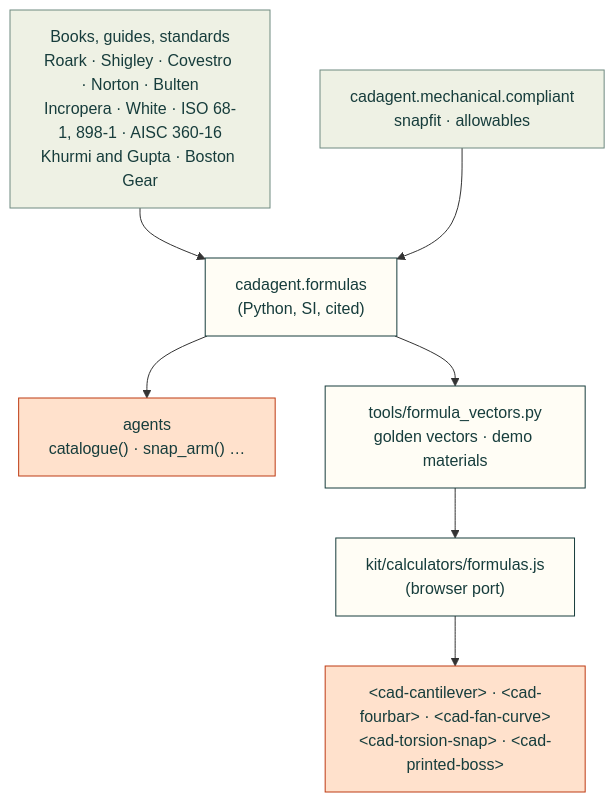
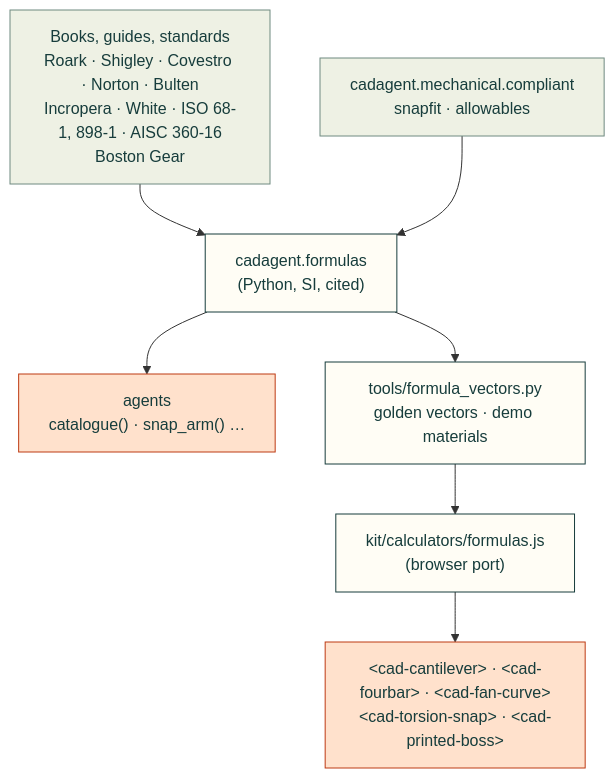
One commit to Valpatel/cad-agent changed the first of 4 diagrams in docs/formulas.md. Above: the diagram before and after it, drawn with Mermaid. The commit also changed other lines of this file and 5 other files, not shown here.

````diff
--- a/docs/formulas.md
+++ b/docs/formulas.md
@@ -99,15 +99,15 @@
 ```mermaid
 flowchart TD
-    S["Books, guides, standards<br/>Roark · Shigley · Covestro · Norton · Bulten<br/>Incropera · White · ISO 68-1, 898-1 · AISC 360-16<br/>Khurmi and Gupta · Boston Gear"] --> P["cadagent.formulas<br/>(Python, SI, cited)"]
+    S["Books, guides, standards<br/>Roark · Shigley · Covestro · Norton · Bulten<br/>Incropera · White · ISO 68-1, 898-1 · AISC 360-16<br/>Boston Gear"] --> P["cadagent.formulas<br/>(Python, SI, cited)"]
     C["cadagent.mechanical.compliant<br/>snapfit · allowables"] --> P
     P --> A["agents<br/>catalogue() · snap_arm() …"]
     P --> V["tools/formula_vectors.py<br/>golden vectors · demo materials"]
     V --> J["kit/calculators/formulas.js<br/>(browser port)"]
     J --> D["&lt;cad-cantilever&gt; · &lt;cad-fourbar&gt; · &lt;cad-fan-curve&gt;<br/>&lt;cad-torsion-snap&gt; · &lt;cad-printed-boss&gt;"]
     classDef here fill:#fffdf5,stroke:#173d3c,color:#173d3c
     classDef near fill:#eef1e4,stroke:#6f8a80,color:#173d3c
     classDef out fill:#ffe1cc,stroke:#bd3a12,color:#173d3c
     class P,V,J here
     class S,C near
     class A,D out
 ```
````
